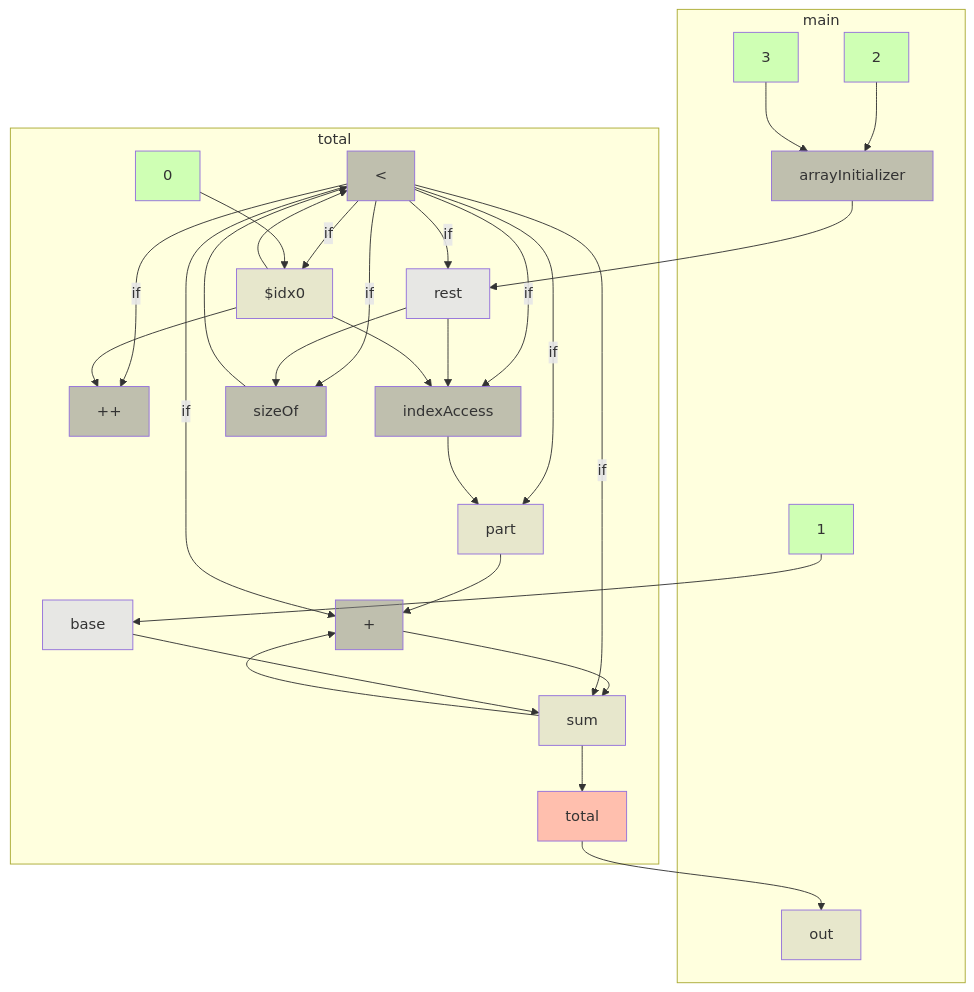
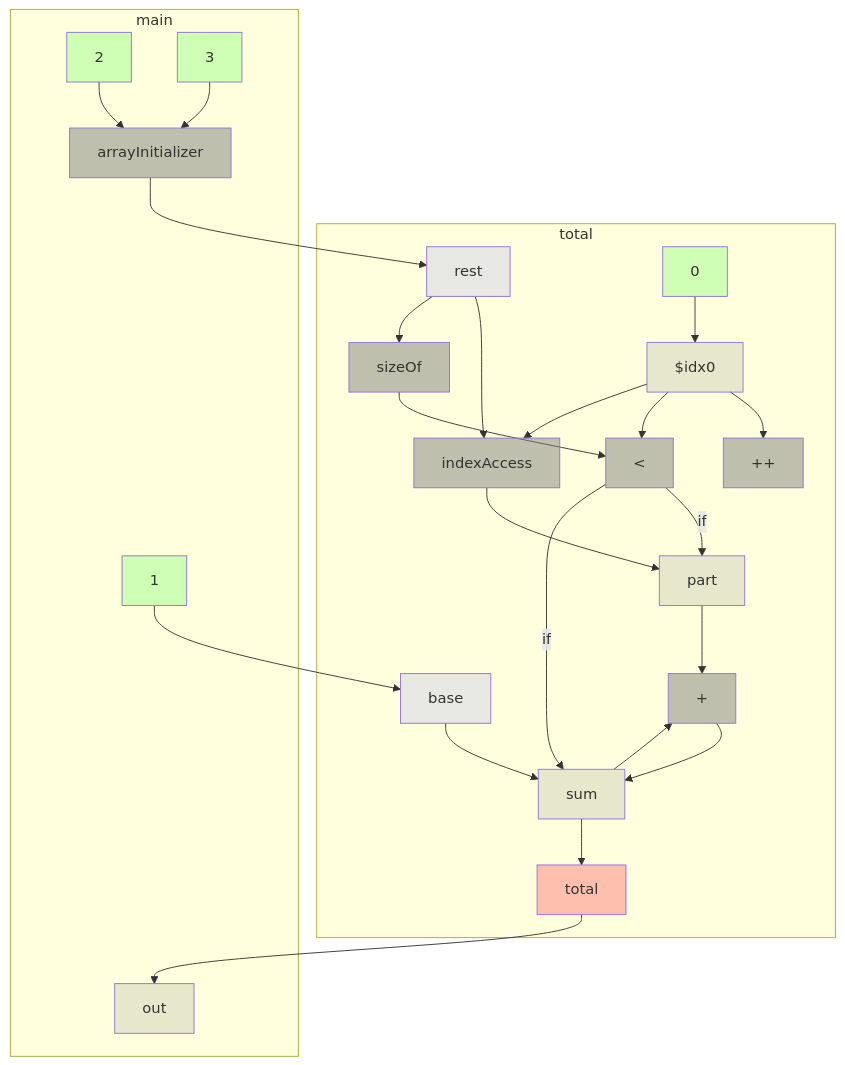
Before and after one commit to gstiebler/codeflow: the diagram in app/src/test/resources/varargs/spike-truth.md, drawn with Mermaid. The commit also changed 21 other files, not shown here.

````diff
--- a/app/src/test/resources/varargs/spike-truth.md
+++ b/app/src/test/resources/varargs/spike-truth.md
@@ -3,57 +3,51 @@
 ```mermaid
 flowchart TD
   subgraph m0["total"]
     n0["++"]:::BIN_OP
     n1["+"]:::BIN_OP
     n2["#lt;"]:::BIN_OP
     n3["indexAccess"]:::BIN_OP
     n4["sizeOf"]:::BIN_OP
     n5["base"]:::FUNC_PARAM
     n6["rest"]:::FUNC_PARAM
     n7["0"]:::LITERAL
     n8["total"]:::RETURN
     n9["$idx0"]:::VARIABLE
     n10["part"]:::VARIABLE
     n11["sum"]:::VARIABLE
   end
   subgraph m1["main"]
     n12["arrayInitializer"]:::BIN_OP
     n13["1"]:::LITERAL
     n14["2"]:::LITERAL
     n15["3"]:::LITERAL
     n16["out"]:::VARIABLE
   end
   n1 --> n11
   n10 --> n1
   n11 --> n1
   n11 --> n8
   n12 --> n6
   n13 --> n5
   n14 --> n12
   n15 --> n12
-  n2 -->|if| n0
-  n2 -->|if| n1
   n2 -->|if| n10
   n2 -->|if| n11
-  n2 -->|if| n3
-  n2 -->|if| n4
-  n2 -->|if| n6
-  n2 -->|if| n9
   n3 --> n10
   n4 --> n2
   n5 --> n11
   n6 --> n3
   n6 --> n4
   n7 --> n9
   n8 --> n16
   n9 --> n0
   n9 --> n2
   n9 --> n3
   classDef LITERAL fill:#00FF0030
   classDef VARIABLE fill:#80808030
   classDef BIN_OP fill:#80808080
   classDef FUNC_PARAM fill:#8080FF30
   classDef RETURN fill:#FF808080
   classDef EXTERNAL fill:#FFA50040
   classDef UNMODELLED fill:#FF000030,stroke-dasharray: 4 2
 ```
````
